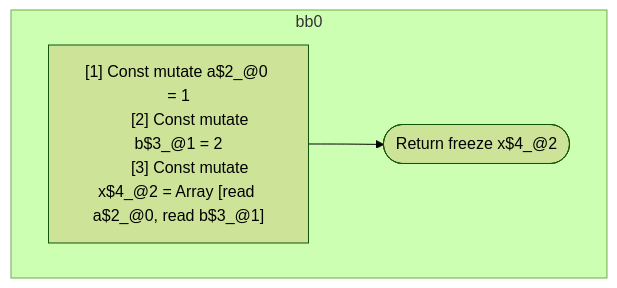
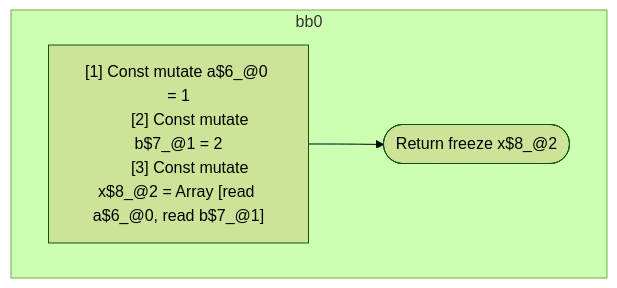
Before and after one commit to wutsmog/private: the diagram in compiler/forget/src/__tests__/fixtures/hir/ssa-arrayexpression.expect.md, drawn with Mermaid (forest theme). The commit also changed other lines of this file and 59 other files, not shown here.

````diff
--- a/compiler/forget/src/__tests__/fixtures/hir/ssa-arrayexpression.expect.md
+++ b/compiler/forget/src/__tests__/fixtures/hir/ssa-arrayexpression.expect.md
@@ -26,15 +26,15 @@
 ```mermaid
 flowchart TB
   %% Basic Blocks
   subgraph bb0
     bb0_instrs["
-      [1] Const mutate a$2_@0 = 1
-      [2] Const mutate b$3_@1 = 2
-      [3] Const mutate x$4_@2 = Array [read a$2_@0, read b$3_@1]
+      [1] Const mutate a$6_@0 = 1
+      [2] Const mutate b$7_@1 = 2
+      [3] Const mutate x$8_@2 = Array [read a$6_@0, read b$7_@1]
     "]
-    bb0_instrs --> bb0_terminal(["Return freeze x$4_@2"])
+    bb0_instrs --> bb0_terminal(["Return freeze x$8_@2"])
   end
 
   %% Jumps
   %% empty
 ```
````
